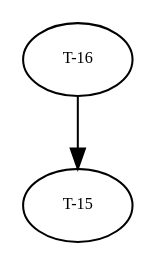
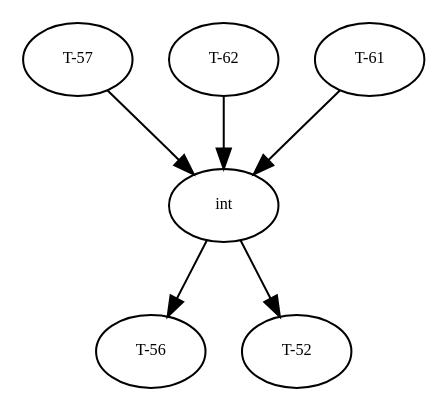
The diagram in graphs/dg.dot (amso100/livescript-declarations), drawn with Graphviz before and after one commit. The commit also changed 8 other files, not shown here.

```diff
--- a/graphs/dg.dot
+++ b/graphs/dg.dot
@@ -1,15 +1,51 @@
 digraph RGL__DirectedAdjacencyGraph {
-    "T-16" [
+    "T-57" [
         fontsize = 8,
-        label = "T-16"
+        label = "T-57"
     ]
 
-    "T-15" [
+    int [
         fontsize = 8,
-        label = "T-15"
+        label = int
     ]
 
-    "T-16" -> "T-15" [
+    "T-62" [
+        fontsize = 8,
+        label = "T-62"
+    ]
+
+    "T-61" [
+        fontsize = 8,
+        label = "T-61"
+    ]
+
+    "T-56" [
+        fontsize = 8,
+        label = "T-56"
+    ]
+
+    "T-52" [
+        fontsize = 8,
+        label = "T-52"
+    ]
+
+    "T-57" -> int [
+        fontsize = 8
+    ]
+
+    int -> "T-56" [
+        fontsize = 8
+    ]
+
+    int -> "T-52" [
+        fontsize = 8
+    ]
+
+    "T-62" -> int [
+        fontsize = 8
+    ]
+
+    "T-61" -> int [
         fontsize = 8
     ]
 }
```
